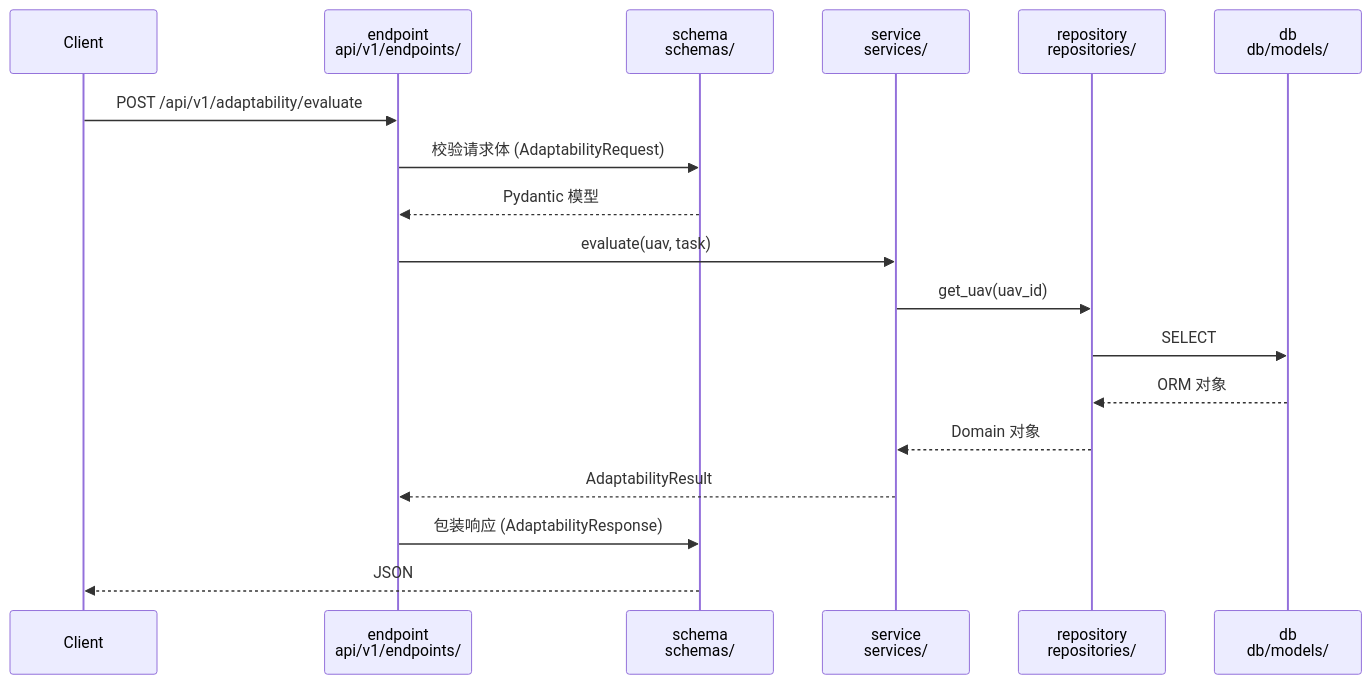
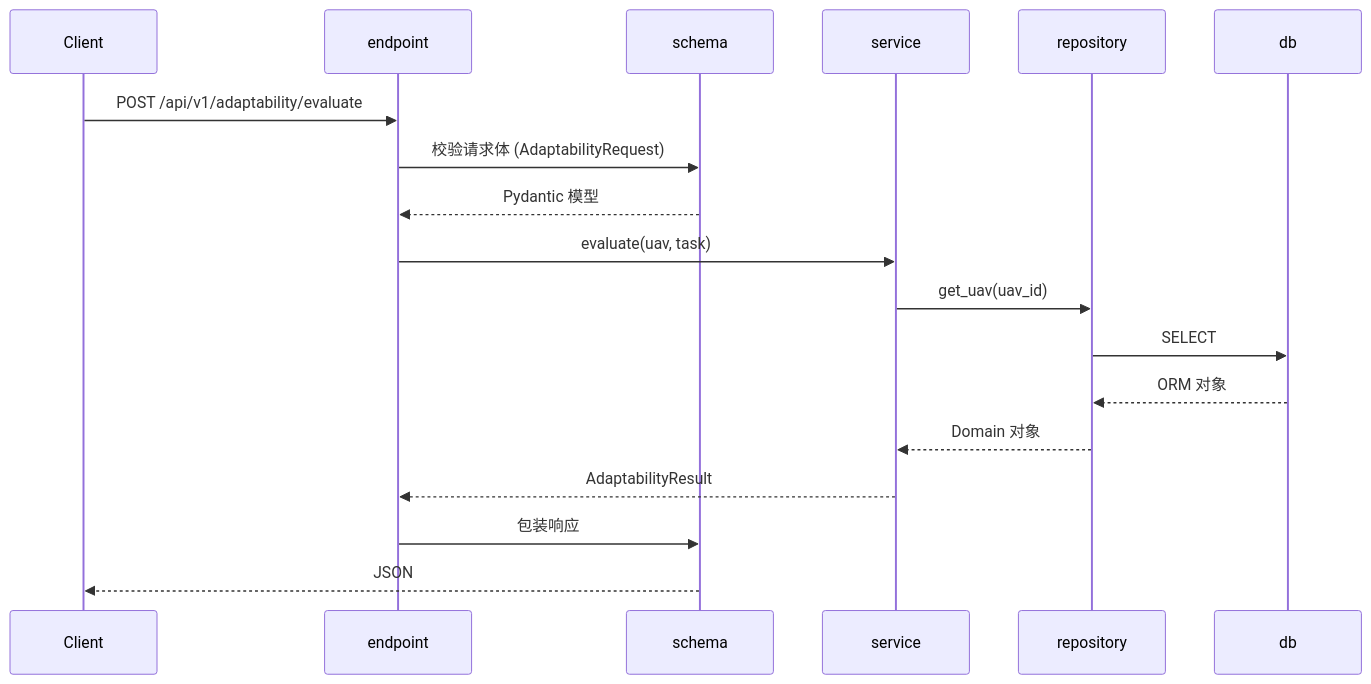
The fifth of 5 diagrams in apps/server/python-fastapi-backend/README.md (909347194/ST-Risk-For-UAV), drawn with Mermaid before and after one commit. The commit also changed other lines of this file and 2 other files, not shown here.

````diff
--- a/apps/server/python-fastapi-backend/README.md
+++ b/apps/server/python-fastapi-backend/README.md
@@ -187,21 +308,21 @@
 ```mermaid
 sequenceDiagram
     participant Client
-    participant Endpoint as endpoint<br>api/v1/endpoints/
-    participant Schema as schema<br>schemas/
-    participant Service as service<br>services/
-    participant Repo as repository<br>repositories/
-    participant DB as db<br>db/models/
+    participant Endpoint as endpoint
+    participant Schema as schema
+    participant Service as service
+    participant Repo as repository
+    participant DB as db
 
     Client->>Endpoint: POST /api/v1/adaptability/evaluate
     Endpoint->>Schema: 校验请求体 (AdaptabilityRequest)
     Schema-->>Endpoint: Pydantic 模型
     Endpoint->>Service: evaluate(uav, task)
     Service->>Repo: get_uav(uav_id)
     Repo->>DB: SELECT
     DB-->>Repo: ORM 对象
     Repo-->>Service: Domain 对象
     Service-->>Endpoint: AdaptabilityResult
-    Endpoint->>Schema: 包装响应 (AdaptabilityResponse)
+    Endpoint->>Schema: 包装响应
     Schema-->>Client: JSON
 ```
````
